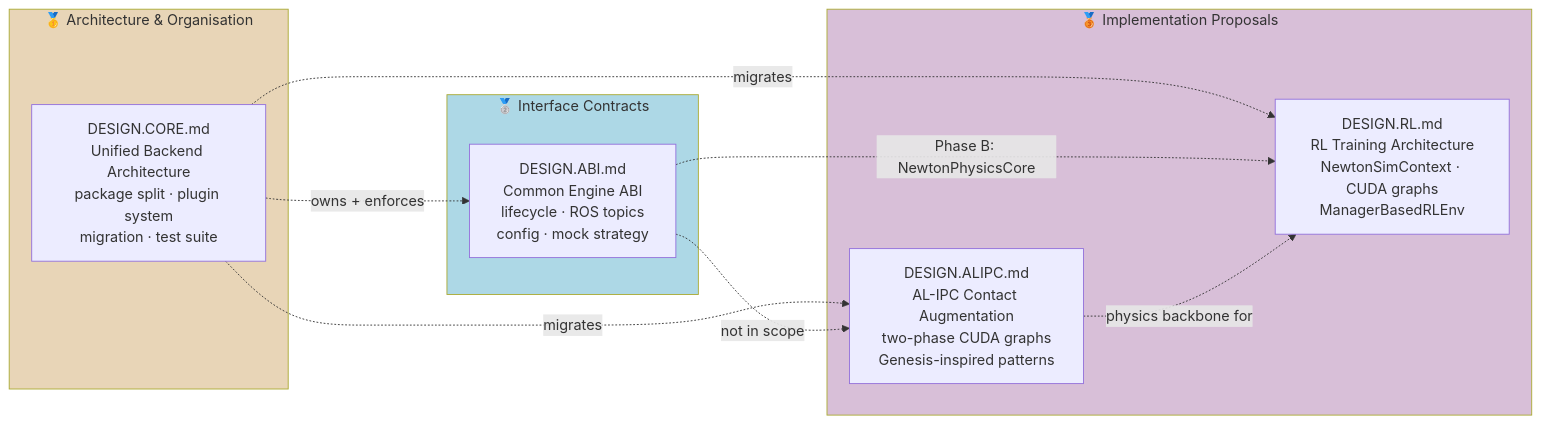
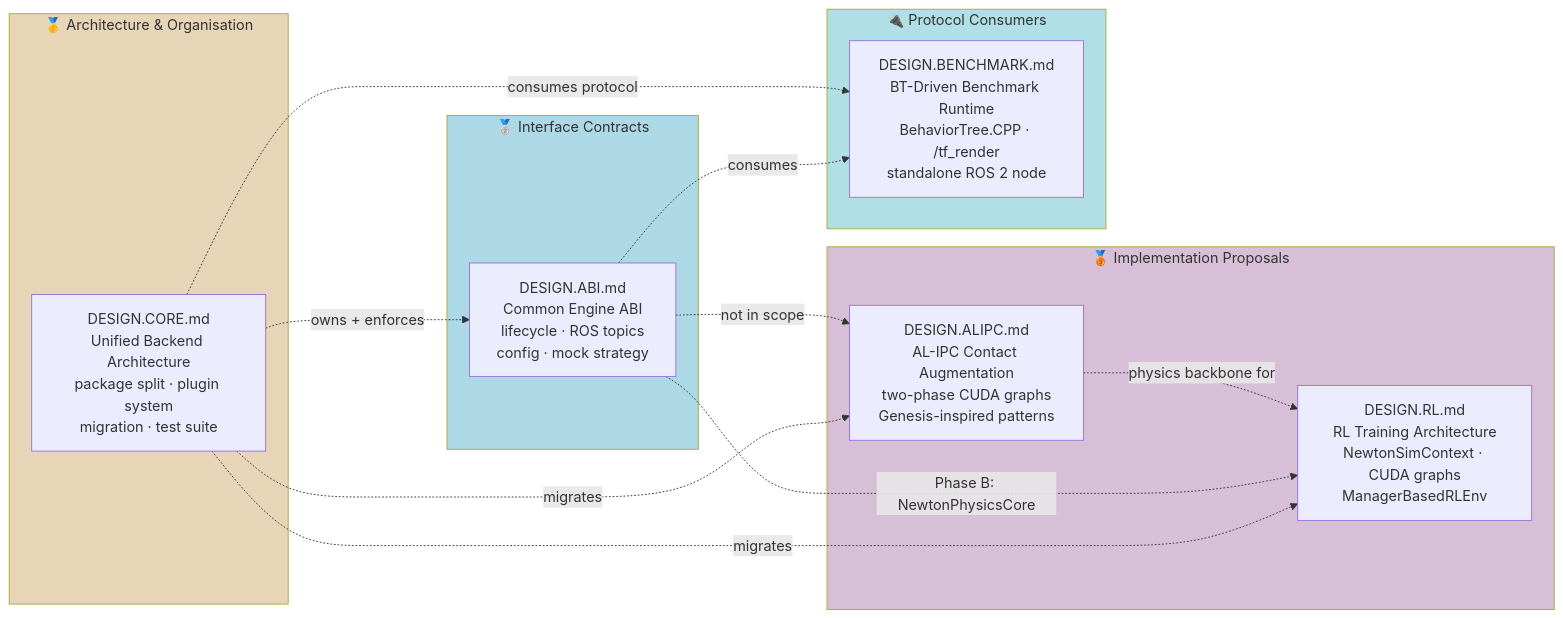
The first of 2 diagrams in source/geniesim_ros/src/ros_ws/src/genie_sim_engine/DESIGN.md (yonhdee/genie_sim), drawn with Mermaid before and after one commit. The commit also changed other lines of this file and 2 other files, not shown here.

Commit message:
init benchmark design

````diff
--- a/source/geniesim_ros/src/ros_ws/src/genie_sim_engine/DESIGN.md
+++ b/source/geniesim_ros/src/ros_ws/src/genie_sim_engine/DESIGN.md
@@ -10,28 +10,35 @@
 ```mermaid
 flowchart LR
     subgraph Layer1["🥇 Architecture & Organisation"]
         CORE["DESIGN.CORE.md<br/>Unified Backend Architecture<br/>package split · plugin system<br/>migration · test suite"]
     end
 
     subgraph Layer2["🥈 Interface Contracts"]
         ABI["DESIGN.ABI.md<br/>Common Engine ABI<br/>lifecycle · ROS topics<br/>config · mock strategy"]
     end
 
     subgraph Layer3["🥉 Implementation Proposals"]
         RL["DESIGN.RL.md<br/>RL Training Architecture<br/>NewtonSimContext · CUDA graphs<br/>ManagerBasedRLEnv"]
         ALIPC["DESIGN.ALIPC.md<br/>AL-IPC Contact Augmentation<br/>two-phase CUDA graphs<br/>Genesis-inspired patterns"]
     end
 
+    subgraph Layer4["🔌 Protocol Consumers"]
+        BENCH["DESIGN.BENCHMARK.md<br/>BT-Driven Benchmark Runtime<br/>BehaviorTree.CPP · /tf_render<br/>standalone ROS 2 node"]
+    end
+
     CORE -.->|"owns + enforces"| ABI
     CORE -.->|"migrates"| RL
     CORE -.->|"migrates"| ALIPC
+    ABI -.->|"consumes"| BENCH
+    CORE -.->|"consumes protocol"| BENCH
 
     ABI -.->|"Phase B: NewtonPhysicsCore"| RL
     ABI -.->|"not in scope"| ALIPC
 
     ALIPC -.->|"physics backbone for"| RL
 
     style Layer1 fill:#E8D5B7
     style Layer2 fill:#ADD8E6
     style Layer3 fill:#D8BFD8
+    style Layer4 fill:#B0E0E6
 ```
````
